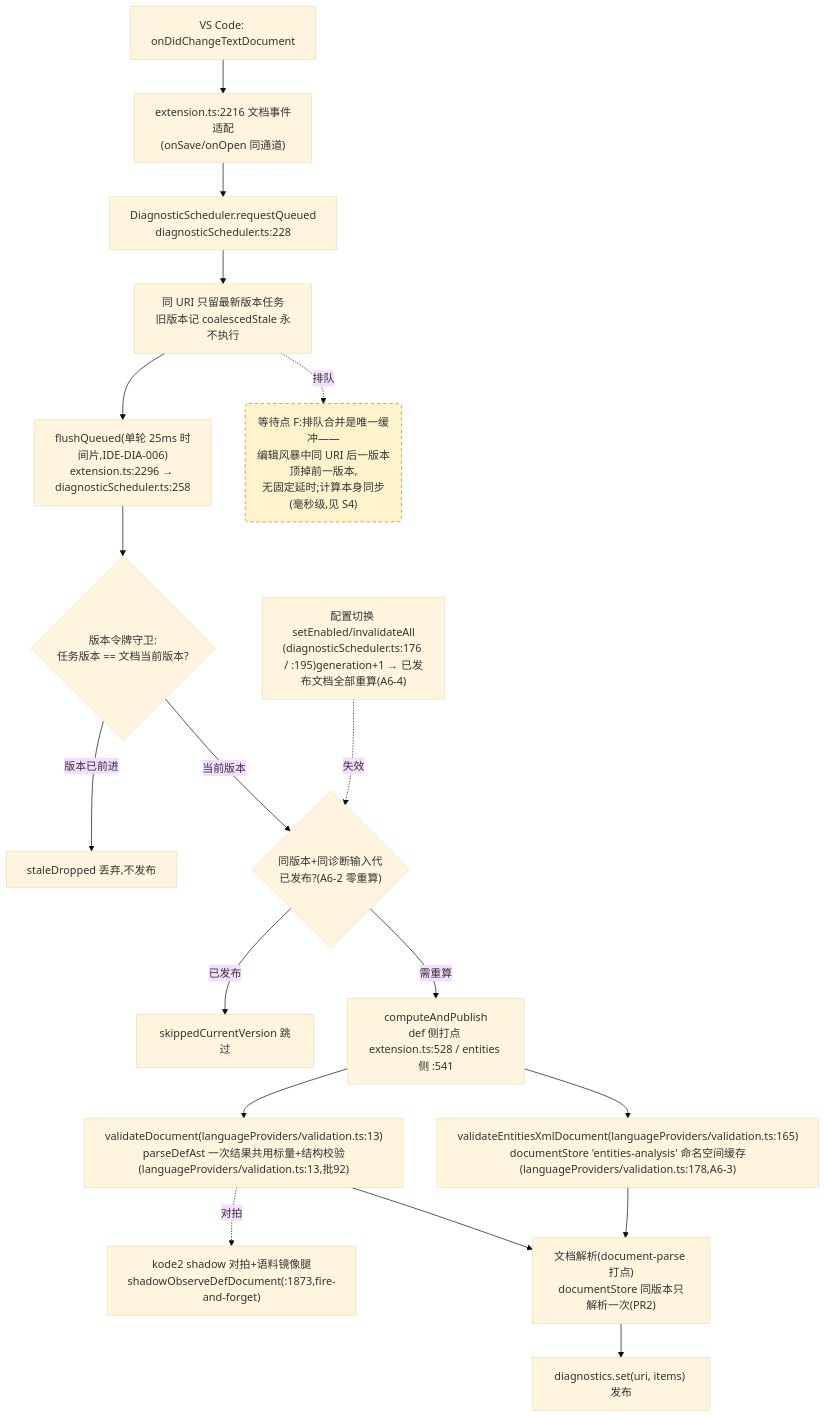
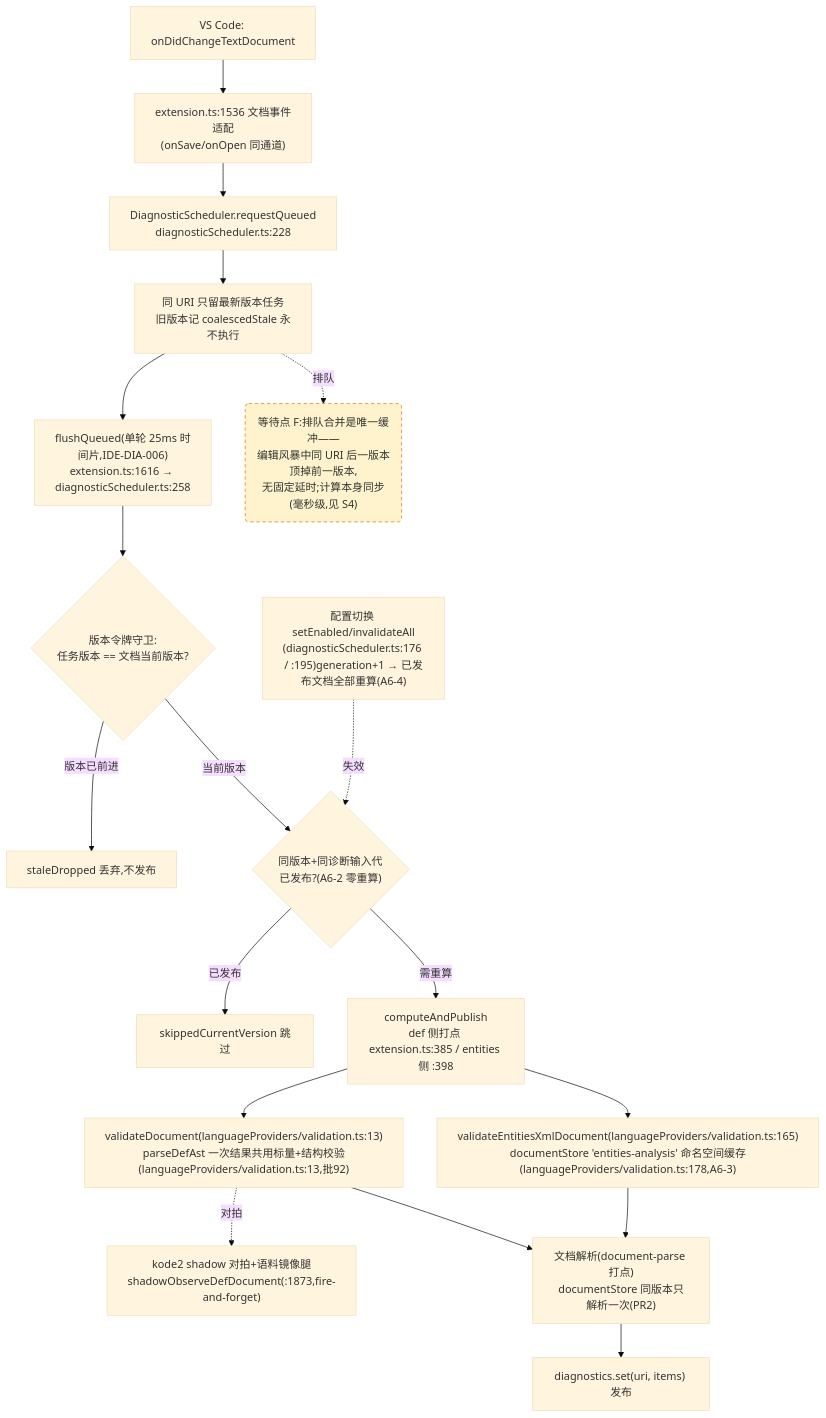
The fourth of 4 diagrams in docs/perf/2026-baseline.md (cuihairu/kode), drawn with Mermaid (base theme) before and after one commit. The commit also changed other lines of this file and 6 other files, not shown here.

````diff
--- a/docs/perf/2026-baseline.md
+++ b/docs/perf/2026-baseline.md
@@ -214,38 +214,38 @@
 ```mermaid
 flowchart TD
   CHG["VS Code: onDidChangeTextDocument"]
-  WATCH["extension.ts:2216 文档事件适配<br/>(onSave/onOpen 同通道)"]
+  WATCH["extension.ts:1536 文档事件适配<br/>(onSave/onOpen 同通道)"]
   RQ["DiagnosticScheduler.requestQueued<br/>diagnosticScheduler.ts:228"]
   CO["同 URI 只留最新版本任务<br/>旧版本记 coalescedStale 永不执行"]
-  FL["flushQueued(单轮 25ms 时间片,IDE-DIA-006)<br/>extension.ts:2296 → diagnosticScheduler.ts:258"]
+  FL["flushQueued(单轮 25ms 时间片,IDE-DIA-006)<br/>extension.ts:1616 → diagnosticScheduler.ts:258"]
   VG{"版本令牌守卫:<br/>任务版本 == 文档当前版本?"}
   DROP["staleDropped 丢弃,不发布"]
   GEN{"同版本+同诊断输入代<br/>已发布?(A6-2 零重算)"}
   SKIP["skippedCurrentVersion 跳过"]
-  CALC["computeAndPublish<br/>def 侧打点 extension.ts:528 / entities 侧 :541"]
+  CALC["computeAndPublish<br/>def 侧打点 extension.ts:385 / entities 侧 :398"]
   VD["validateDocument(languageProviders/validation.ts:13)<br/>parseDefAst 一次结果共用标量+结构校验(languageProviders/validation.ts:13,批92)"]
   VEX["validateEntitiesXmlDocument(languageProviders/validation.ts:165)<br/>documentStore 'entities-analysis' 命名空间缓存(languageProviders/validation.ts:178,A6-3)"]
   SHDD["kode2 shadow 对拍+语料镜像腿<br/>shadowObserveDefDocument(:1873,fire-and-forget)"]
   DS["文档解析(document-parse 打点)<br/>documentStore 同版本只解析一次(PR2)"]
   PUB["diagnostics.set(uri, items) 发布"]
   CFG2["配置切换 setEnabled/invalidateAll<br/>(diagnosticScheduler.ts:176 / :195)generation+1 → 已发布文档全部重算(A6-4)"]
 
   CHG --> WATCH --> RQ --> CO --> FL --> VG
   VG -- "版本已前进" --> DROP
   VG -- "当前版本" --> GEN
   GEN -- "已发布" --> SKIP
   GEN -- "需重算" --> CALC
   CALC --> VD
   CALC --> VEX
   VD --> DS
   VEX --> DS
   DS --> PUB
   VD -.->|对拍| SHDD
   CFG2 -.->|失效| GEN
 
   WAITF("等待点 F:排队合并是唯一缓冲——<br/>编辑风暴中同 URI 后一版本顶掉前一版本,<br/>无固定延时;计算本身同步(毫秒级,见 S4)")
   CO -.->|排队| WAITF
 
   classDef waitPoint fill:#fff3cd,stroke:#d97706,stroke-dasharray:5 4;
   class WAITF waitPoint;
 ```
````
